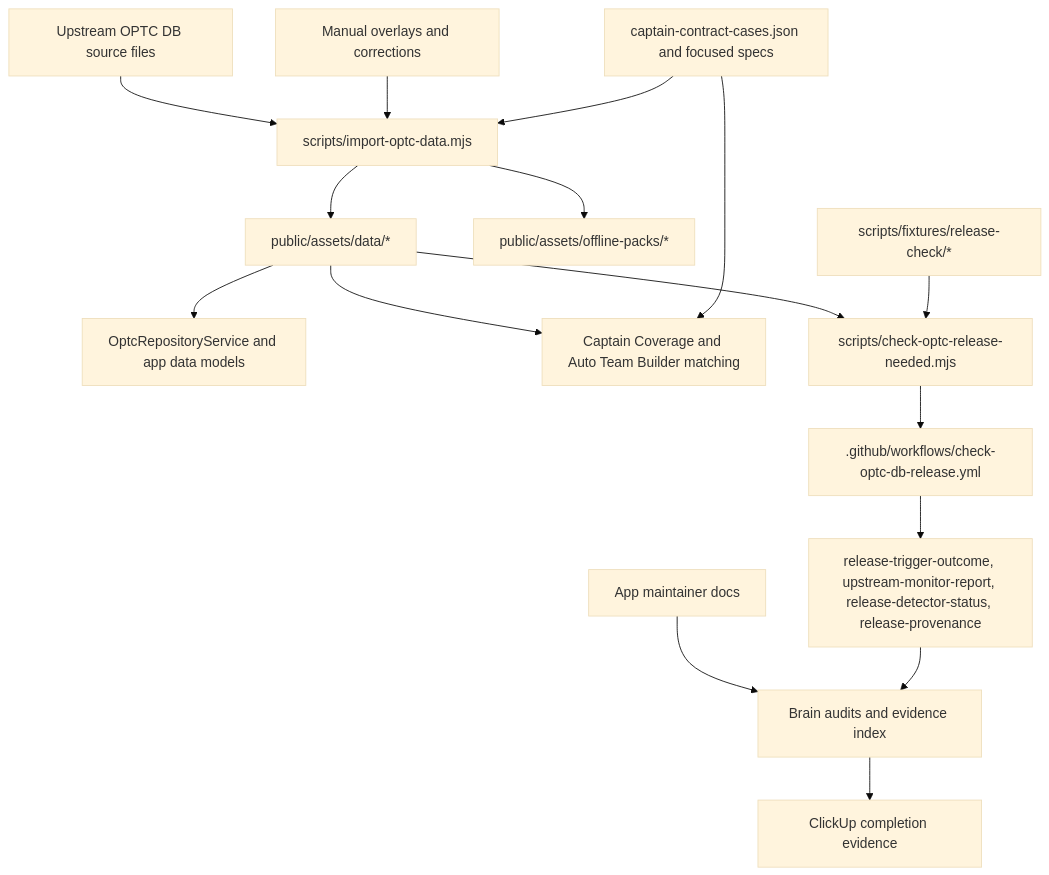
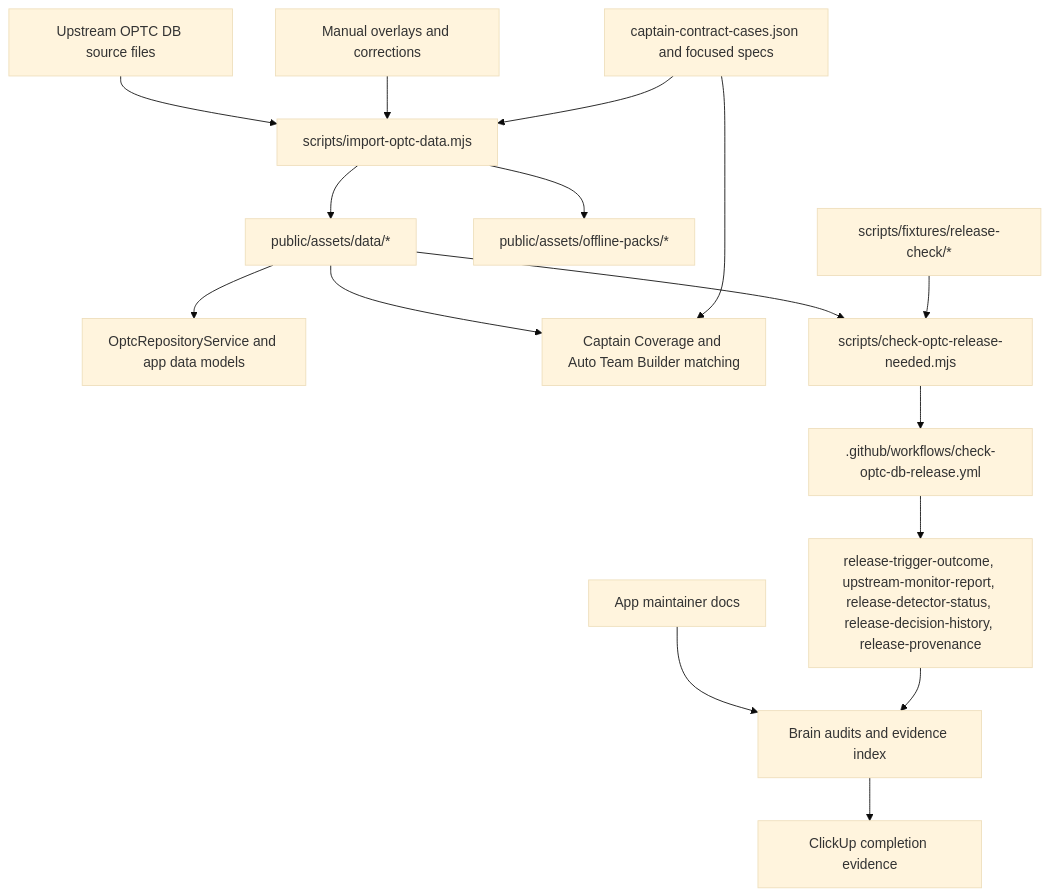
Before and after one commit to JohnChourp/optc-team-builder: the diagram in docs/cross-repo-architecture-map.md, drawn with Mermaid (base theme). The commit also changed other lines of this file and 13 other files, not shown here.

First line of the commit message:
Add release decision history artifact (#154)

````diff
--- a/docs/cross-repo-architecture-map.md
+++ b/docs/cross-repo-architecture-map.md
@@ -10,18 +10,18 @@
 ```mermaid
 flowchart TD
   upstream["Upstream OPTC DB source files"] --> importer["scripts/import-optc-data.mjs"]
   manual["Manual overlays and corrections"] --> importer
   importer --> dataset["public/assets/data/*"]
   importer --> packs["public/assets/offline-packs/*"]
   dataset --> repository["OptcRepositoryService and app data models"]
   dataset --> captain["Captain Coverage and Auto Team Builder matching"]
   contracts["captain-contract-cases.json and focused specs"] --> importer
   contracts --> captain
   dataset --> detector["scripts/check-optc-release-needed.mjs"]
   fixtures["scripts/fixtures/release-check/*"] --> detector
   detector --> workflow[".github/workflows/check-optc-db-release.yml"]
-  workflow --> artifacts["release-trigger-outcome, upstream-monitor-report, release-detector-status, release-provenance"]
+  workflow --> artifacts["release-trigger-outcome, upstream-monitor-report, release-detector-status, release-decision-history, release-provenance"]
   appDocs["App maintainer docs"] --> brainAudit["Brain audits and evidence index"]
   artifacts --> brainAudit
   brainAudit --> clickup["ClickUp completion evidence"]
 ```
````
